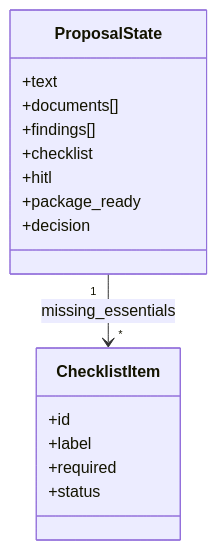
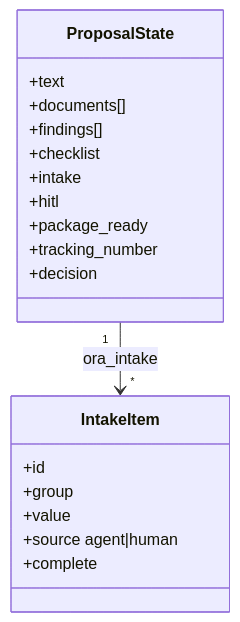
Before and after one commit to YPCC/grant-agent-lab: the fifth of 5 diagrams in docs/architecture.md, drawn with Mermaid. The commit also changed other lines of this file and 16 other files, not shown here.

First line of the commit message:
Align README, docs, and C4 diagrams with office intake

````diff
--- a/docs/architecture.md
+++ b/docs/architecture.md
@@ -118,19 +120,22 @@
 ```mermaid
 classDiagram
   class ProposalState {
     +text
     +documents[]
     +findings[]
     +checklist
+    +intake
     +hitl
     +package_ready
+    +tracking_number
     +decision
   }
-  class ChecklistItem {
+  class IntakeItem {
     +id
-    +label
-    +required
-    +status
+    +group
+    +value
+    +source agent|human
+    +complete
   }
-  ProposalState "1" --> "*" ChecklistItem : missing_essentials
+  ProposalState "1" --> "*" IntakeItem : ora_intake
 ```
````
